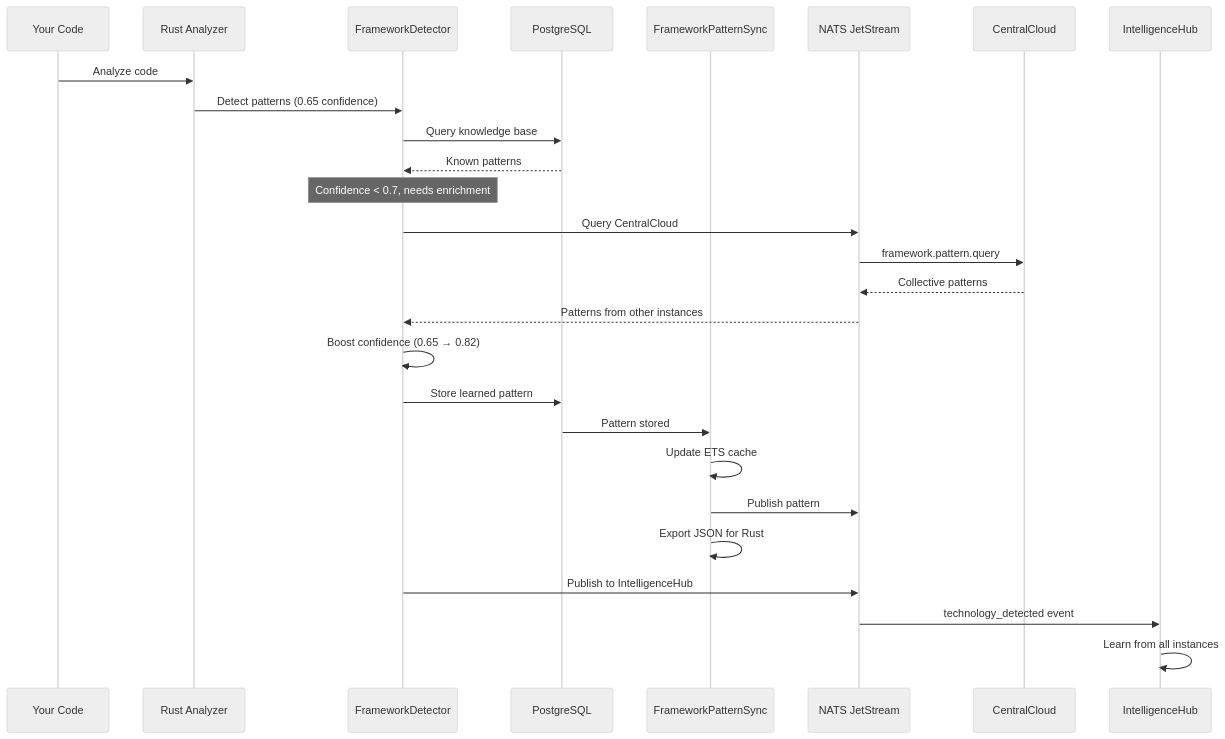
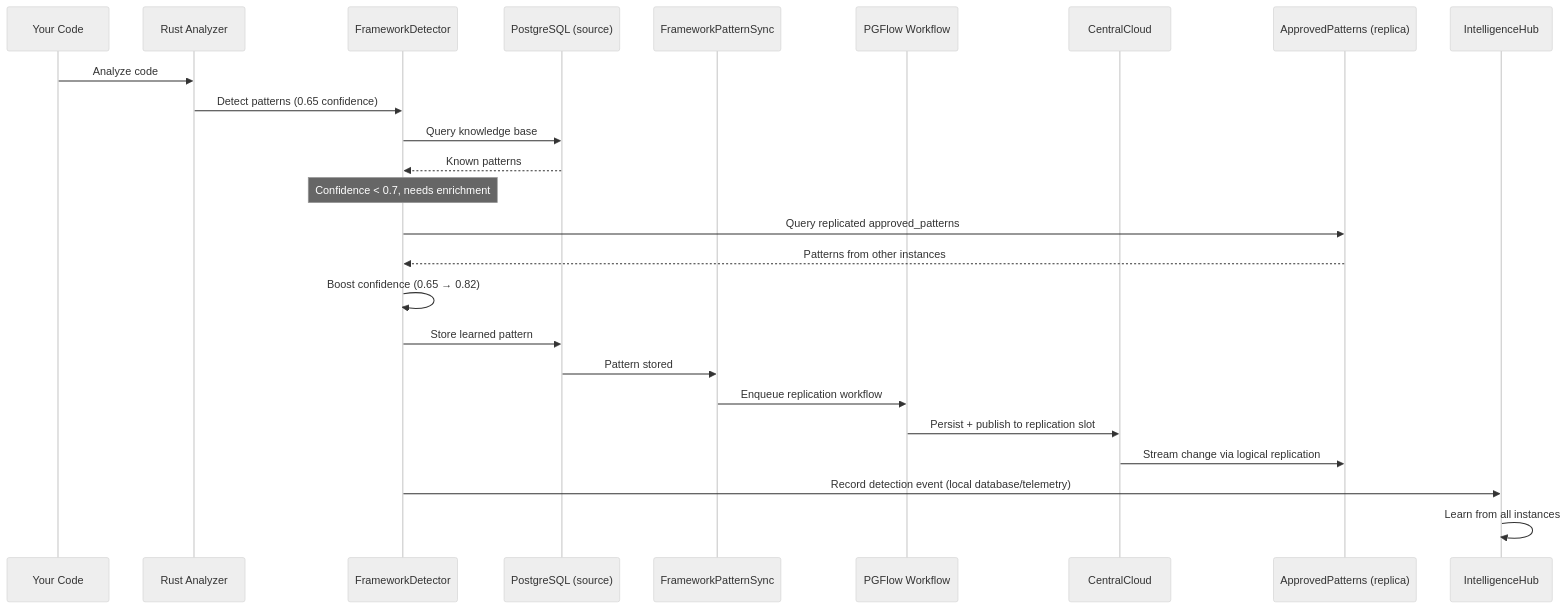
The diagram in docs/CENTRALCLOUD_PATTERN_LEARNING.md (mikkihugo/ex_llm), drawn with Mermaid (neutral theme) before and after one commit. The commit also changed other lines of this file and 440 other files, not shown here.

````diff
--- a/docs/CENTRALCLOUD_PATTERN_LEARNING.md
+++ b/docs/CENTRALCLOUD_PATTERN_LEARNING.md
@@ -271,35 +238,33 @@
 ```mermaid
 sequenceDiagram
     participant Code as Your Code
     participant Rust as Rust Analyzer
     participant FD as FrameworkDetector
-    participant PG as PostgreSQL
+    participant PG as PostgreSQL (source)
     participant Sync as FrameworkPatternSync
-    participant NATS as NATS JetStream
+    participant PGFlow as PGFlow Workflow
     participant CC as CentralCloud
+    participant Replica as ApprovedPatterns (replica)
     participant IH as IntelligenceHub
 
     Code->>Rust: Analyze code
     Rust->>FD: Detect patterns (0.65 confidence)
     FD->>PG: Query knowledge base
     PG-->>FD: Known patterns
 
     Note over FD: Confidence < 0.7, needs enrichment
 
-    FD->>NATS: Query CentralCloud
-    NATS->>CC: framework.pattern.query
-    CC-->>NATS: Collective patterns
-    NATS-->>FD: Patterns from other instances
+    FD->>Replica: Query replicated approved_patterns
+    Replica-->>FD: Patterns from other instances
 
     FD->>FD: Boost confidence (0.65 → 0.82)
 
     FD->>PG: Store learned pattern
     PG->>Sync: Pattern stored
-    Sync->>Sync: Update ETS cache
-    Sync->>NATS: Publish pattern
-    Sync->>Sync: Export JSON for Rust
+    Sync->>PGFlow: Enqueue replication workflow
+    PGFlow->>CC: Persist + publish to replication slot
+    CC->>Replica: Stream change via logical replication
 
-    FD->>NATS: Publish to IntelligenceHub
-    NATS->>IH: technology_detected event
+    FD->>IH: Record detection event (local database/telemetry)
     IH->>IH: Learn from all instances
 ```
````
